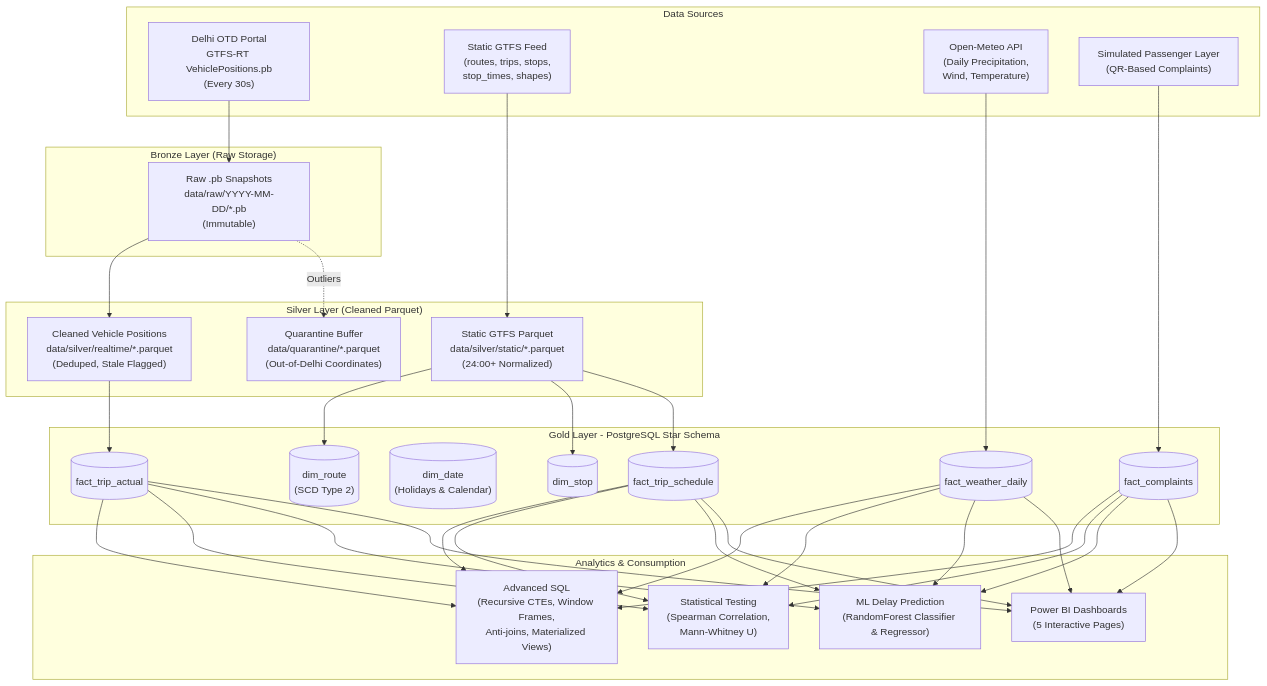
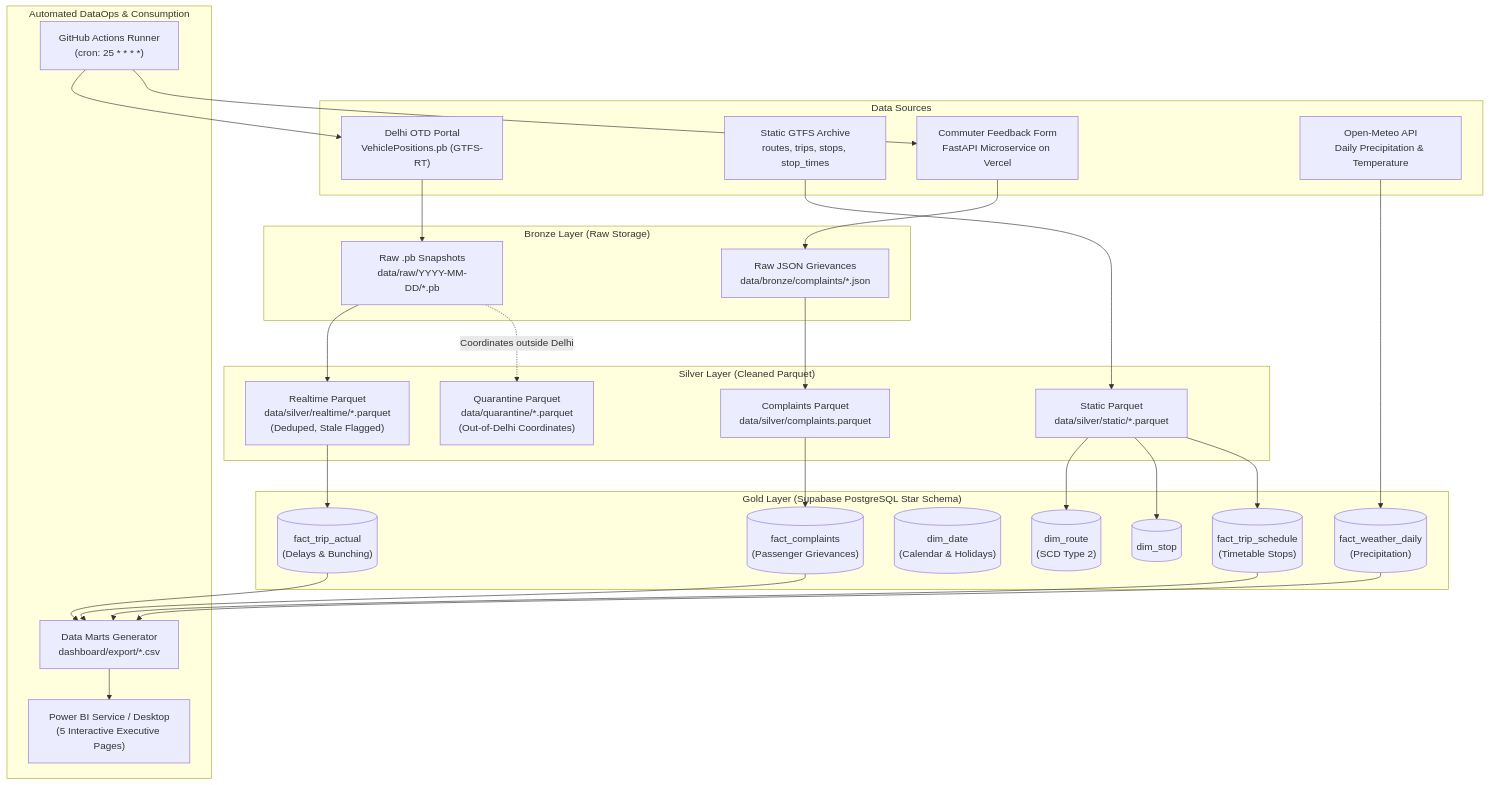
One commit to unknownsteve7/trace41 changed the diagram in README.md. Above: the diagram before and after it, drawn with Mermaid. The commit also changed other lines of this file, not shown here.

Commit message:
docs: restructure README with problem context, 4 pillars, architecture, and schema

````diff
--- a/README.md
+++ b/README.md
@@ -17,45 +89,48 @@
 ```mermaid
 flowchart TD
-    subgraph Sources["Data Sources"]
-        S1["Delhi OTD Portal<br/>GTFS-RT VehiclePositions.pb<br/>(Every 30s)"]
-        S2["Static GTFS Feed<br/>(routes, trips, stops,<br/>stop_times, shapes)"]
-        S3["Open-Meteo API<br/>(Daily Precipitation,<br/>Wind, Temperature)"]
-        S4["Simulated Passenger Layer<br/>(QR-Based Complaints)"]
+    subgraph S["Data Sources"]
+        S1["Delhi OTD Portal<br/>VehiclePositions.pb (GTFS-RT)"]
+        S2["Static GTFS Archive<br/>routes, trips, stops, stop_times"]
+        S3["Commuter Feedback Form<br/>FastAPI Microservice on Vercel"]
+        S4["Open-Meteo API<br/>Daily Precipitation & Temperature"]
     end
 
-    subgraph Bronze["Bronze Layer (Raw Storage)"]
-        B1["Raw .pb Snapshots<br/>data/raw/YYYY-MM-DD/*.pb<br/>(Immutable)"]
+    subgraph B["Bronze Layer (Raw Storage)"]
+        B1["Raw .pb Snapshots<br/>data/raw/YYYY-MM-DD/*.pb"]
+        B2["Raw JSON Grievances<br/>data/bronze/complaints/*.json"]
     end
 
-    subgraph Silver["Silver Layer (Cleaned Parquet)"]
-        SL1["Cleaned Vehicle Positions<br/>data/silver/realtime/*.parquet<br/>(Deduped, Stale Flagged)"]
-        SL2["Static GTFS Parquet<br/>data/silver/static/*.parquet<br/>(24:00+ Normalized)"]
-        Q["Quarantine Buffer<br/>data/quarantine/*.parquet<br/>(Out-of-Delhi Coordinates)"]
+    subgraph SL["Silver Layer (Cleaned Parquet)"]
+        SL1["Realtime Parquet<br/>data/silver/realtime/*.parquet<br/>(Deduped, Stale Flagged)"]
+        SL2["Static Parquet<br/>data/silver/static/*.parquet"]
+        SL3["Complaints Parquet<br/>data/silver/complaints.parquet"]
+        Q["Quarantine Parquet<br/>data/quarantine/*.parquet<br/>(Out-of-Delhi Coordinates)"]
     end
 
-    subgraph Gold["Gold Layer - PostgreSQL Star Schema"]
+    subgraph G["Gold Layer (Supabase PostgreSQL Star Schema)"]
         D1[("dim_route<br/>(SCD Type 2)")]
         D2[("dim_stop")]
-        D3[("dim_date<br/>(Holidays & Calendar)")]
-        F1[("fact_trip_actual")]
-        F2[("fact_trip_schedule")]
-        F3[("fact_weather_daily")]
-        F4[("fact_complaints")]
+        D3[("dim_date<br/>(Calendar & Holidays)")]
+        F1[("fact_trip_actual<br/>(Delays & Bunching)")]
+        F2[("fact_trip_schedule<br/>(Timetable Stops)")]
+        F3[("fact_complaints<br/>(Passenger Grievances)")]
+        F4[("fact_weather_daily<br/>(Precipitation)")]
     end
 
-    subgraph Analytics["Analytics & Consumption"]
-        A1["Advanced SQL<br/>(Recursive CTEs, Window Frames,<br/>Anti-joins, Materialized Views)"]
-        A2["Statistical Testing<br/>(Spearman Correlation,<br/>Mann-Whitney U)"]
-        A3["ML Delay Prediction<br/>(RandomForest Classifier & Regressor)"]
-        A4["Power BI Dashboards<br/>(5 Interactive Pages)"]
+    subgraph DO["Automated DataOps & Consumption"]
+        O1["GitHub Actions Runner<br/>(cron: 25 * * * *)"]
+        O2["Data Marts Generator<br/>dashboard/export/*.csv"]
+        O3["Power BI Service / Desktop<br/>(5 Interactive Executive Pages)"]
     end
 
     S1 --> B1 --> SL1
+    B1 -. Coordinates outside Delhi .-> Q
+    S3 --> B2 --> SL3
     S2 --> SL2
-    B1 -. Outliers .-> Q
     SL1 --> F1
     SL2 --> D1 & D2 & F2
-    S3 --> F3
+    SL3 --> F3
     S4 --> F4
-    F1 & F2 & F3 & F4 --> A1 & A2 & A3 & A4
+    O1 --> S1 & S3
+    F1 & F2 & F3 & F4 --> O2 --> O3
 ```
````
